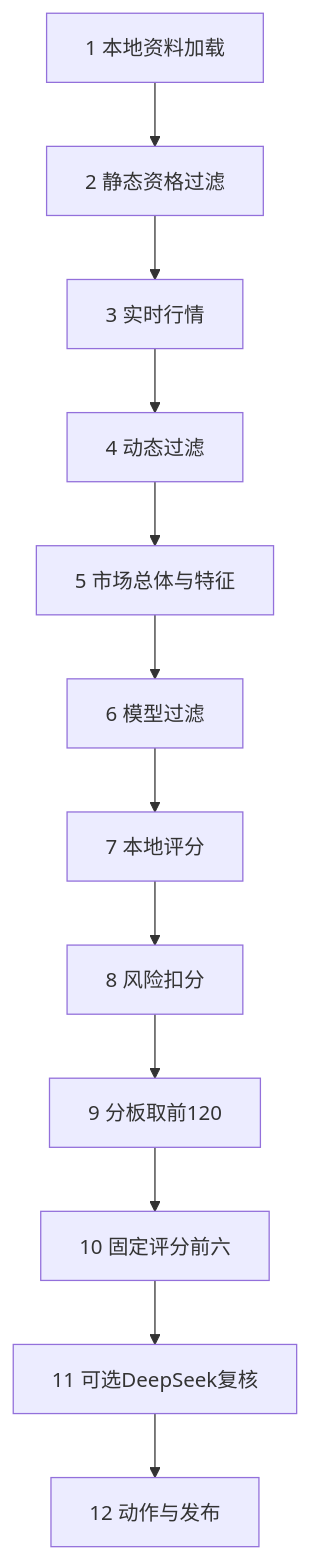
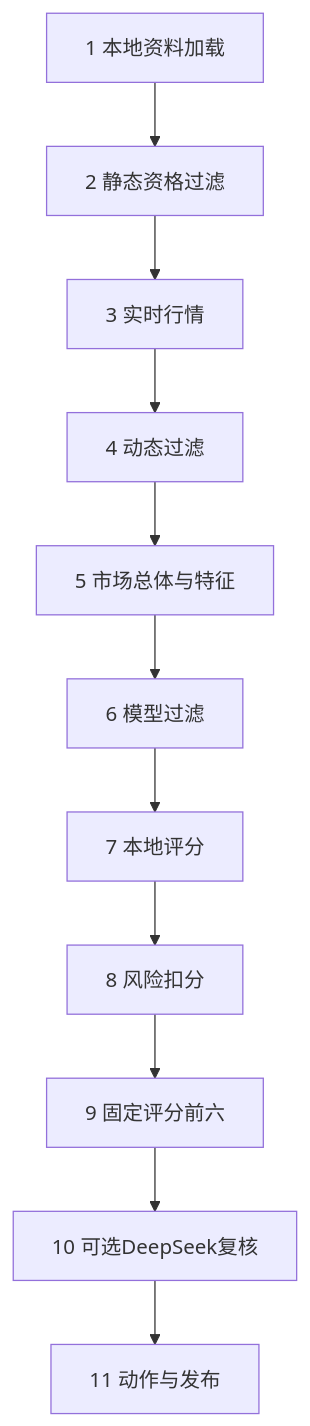
The first of 2 diagrams in docs/1_评分逻辑.md (373699756/trader), drawn with Mermaid before and after one commit. The commit also changed other lines of this file and 5 other files, not shown here.

```diff
--- a/docs/1_评分逻辑.md
+++ b/docs/1_评分逻辑.md
@@ -31,14 +31,13 @@
 ~~~mermaid
 flowchart TD
     A["1 本地资料加载"] --> B["2 静态资格过滤"]
     B --> C["3 实时行情"]
     C --> D["4 动态过滤"]
     D --> E["5 市场总体与特征"]
     E --> F["6 模型过滤"]
     F --> G["7 本地评分"]
     G --> H["8 风险扣分"]
-    H --> I["9 分板取前120"]
-    I --> J["10 固定评分前六"]
-    J --> K["11 可选DeepSeek复核"]
-    K --> L["12 动作与发布"]
+    H --> I["9 固定评分前六"]
+    I --> J["10 可选DeepSeek复核"]
+    J --> K["11 动作与发布"]
 ~~~
```
